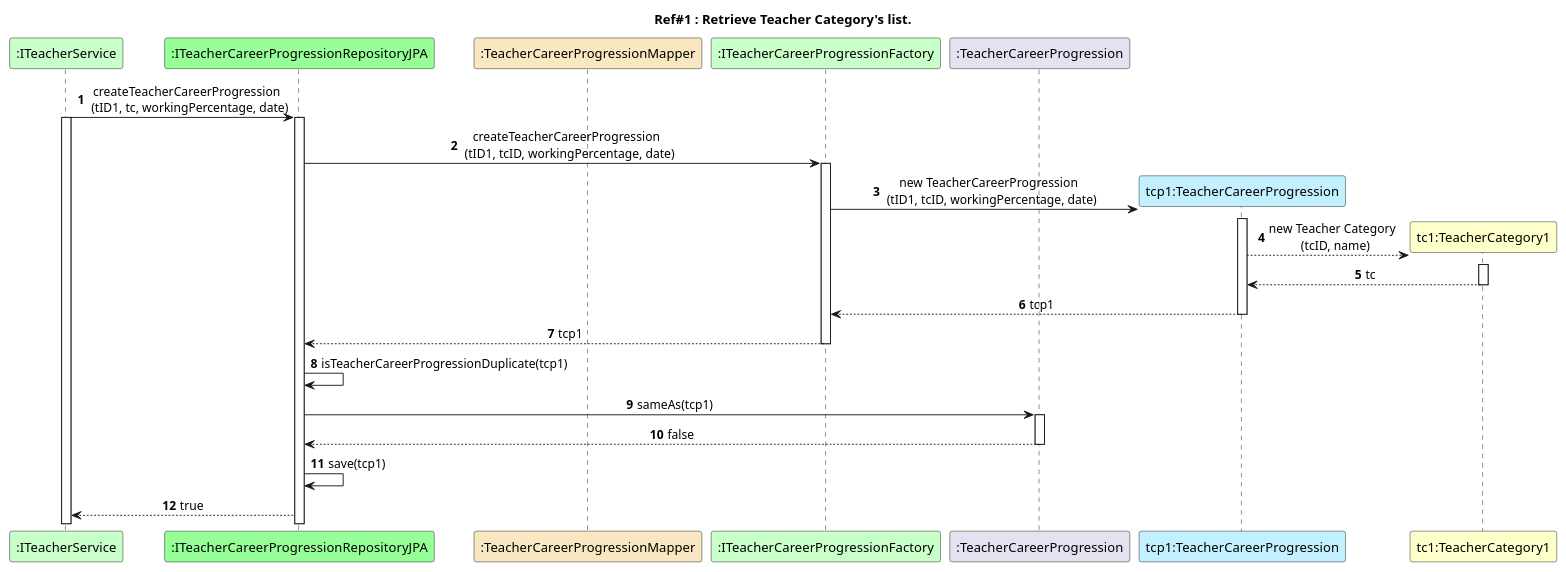
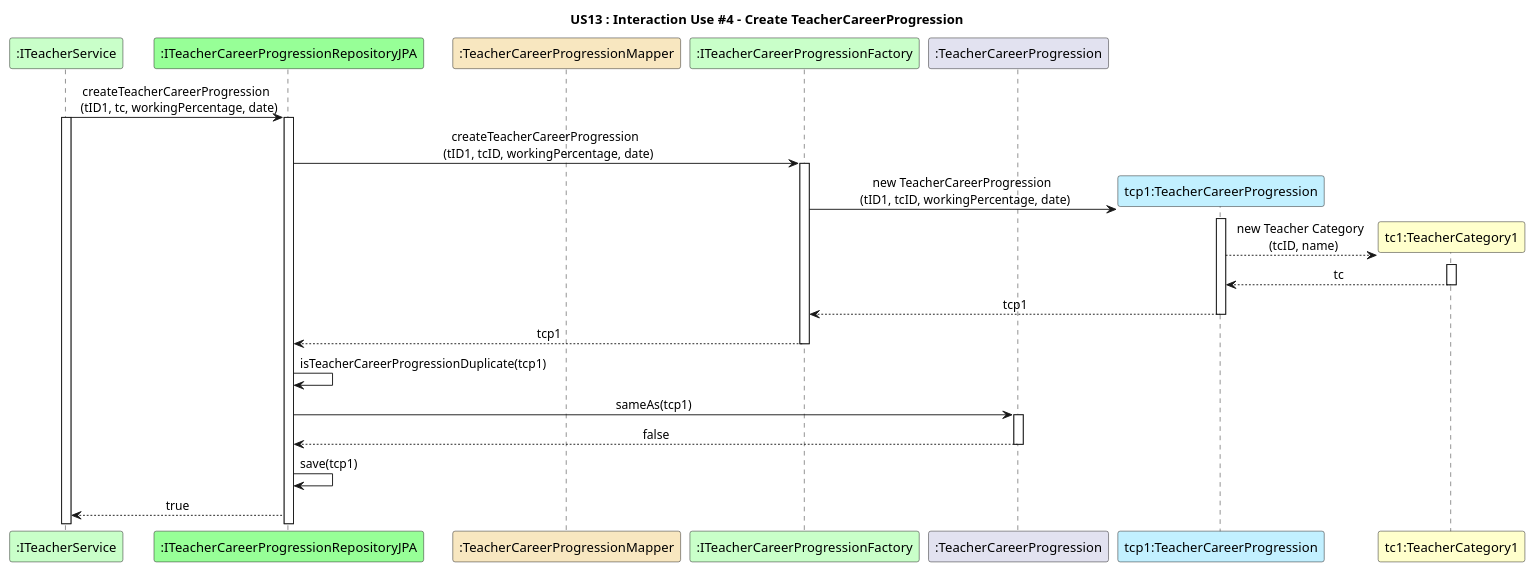
The diagram in docs/US13/Documentation_SpringData_JPA/US13_SD_Interaction_Use_#4.puml (GasparISEP/DevOps-PAI), drawn with PlantUML before and after one commit. The commit also changed 5 other files, not shown here.

```diff
--- a/docs/US13/Documentation_SpringData_JPA/US13_SD_Interaction_Use_#4.puml
+++ b/docs/US13/Documentation_SpringData_JPA/US13_SD_Interaction_Use_#4.puml
@@ -1,37 +1,36 @@
 @startuml
-title Ref#1 : Retrieve Teacher Category's list.
+title US13 : Interaction Use #4 - Create TeacherCareerProgression
 skinparam sequenceMessageAlign center
-autonumber
 
 participant ":ITeacherService" as IteacherService #technology
 participant ":ITeacherCareerProgressionRepositoryJPA" as ItcpRepositoryJPA #physical
 participant ":TeacherCareerProgressionMapper" as tcpMapper #strategy
 participant ":ITeacherCareerProgressionFactory" as tcpFactory #technology
 participant ":TeacherCareerProgression" as careerProgression
 participant "tcp1:TeacherCareerProgression" as TCP #application
 participant "tc1:TeacherCategory1" as tc1 #business
 
 
 IteacherService -> ItcpRepositoryJPA : createTeacherCareerProgression \n (tID1, tc, workingPercentage, date)
 activate IteacherService
 activate ItcpRepositoryJPA
 ItcpRepositoryJPA -> tcpFactory : createTeacherCareerProgression \n (tID1, tcID, workingPercentage, date)
 activate tcpFactory
 tcpFactory -> TCP** : new TeacherCareerProgression \n (tID1, tcID, workingPercentage, date)
 activate TCP
 TCP --> tc1** : new Teacher Category \n (tcID, name)
 activate tc1
 tc1 --> TCP : tc
 deactivate tc1
 TCP --> tcpFactory : tcp1
 deactivate TCP
 tcpFactory --> ItcpRepositoryJPA : tcp1
 deactivate tcpFactory
 ItcpRepositoryJPA -> ItcpRepositoryJPA : isTeacherCareerProgressionDuplicate(tcp1)
 ItcpRepositoryJPA -> careerProgression : sameAs(tcp1)
 activate careerProgression
 careerProgression --> ItcpRepositoryJPA : false
 deactivate careerProgression
 ItcpRepositoryJPA -> ItcpRepositoryJPA : save(tcp1)
 ItcpRepositoryJPA --> IteacherService : true
 @enduml
```
